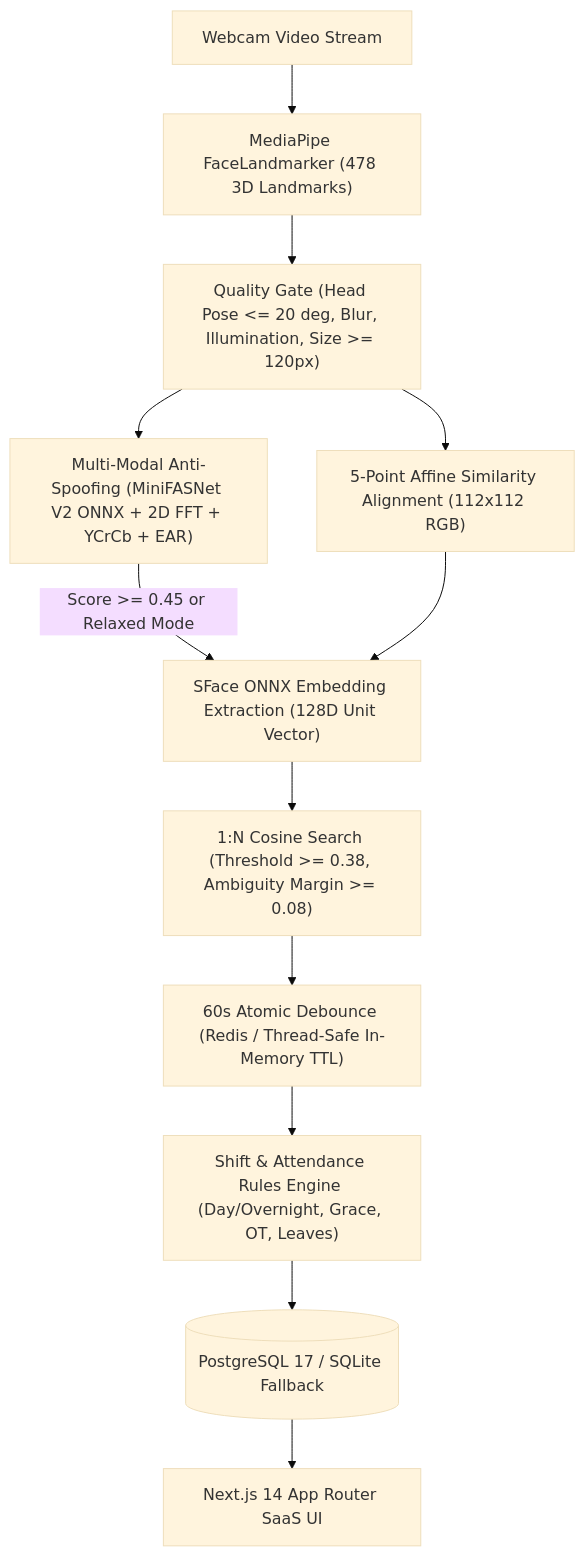
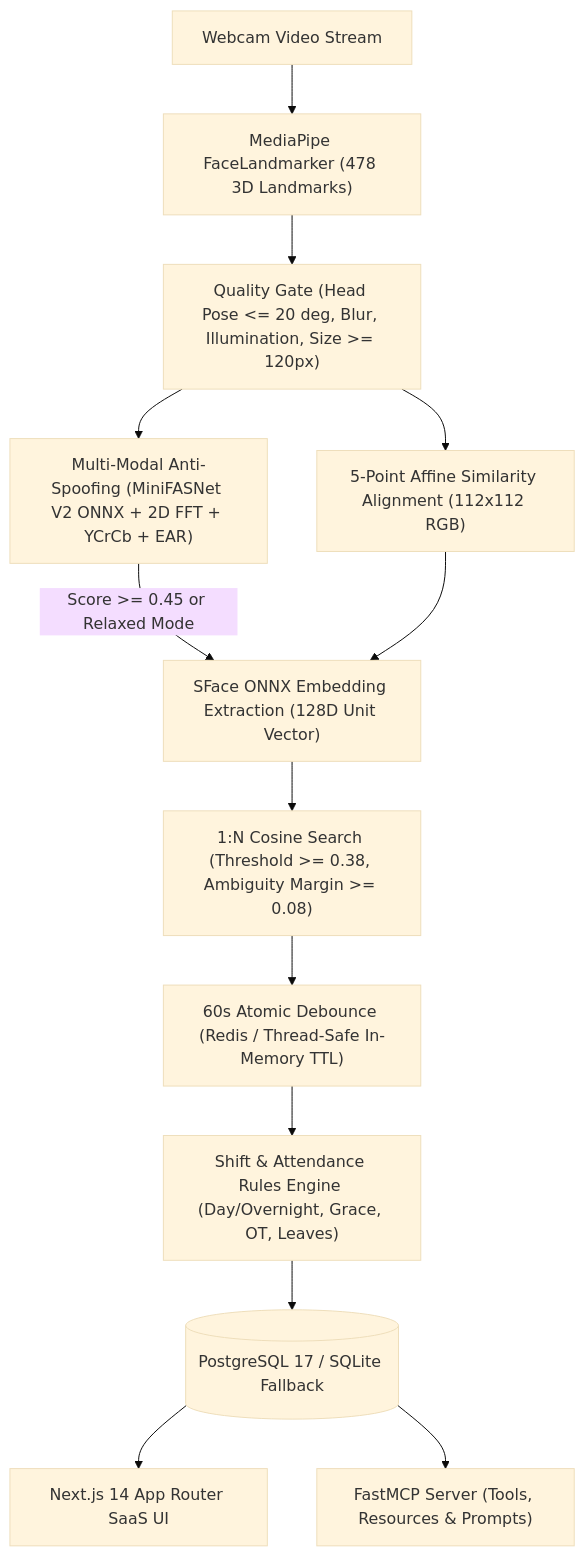
Before and after one commit to RoushanKhalid/AttendAI: the diagram in README.md, drawn with Mermaid (base theme). The commit also changed other lines of this file and 15 other files, not shown here.

Commit message:
feat(mcp): add FastMCP server with HTTP/stdio transports, flexible auth, tests, and docs

````diff
--- a/README.md
+++ b/README.md
@@ -152,14 +153,15 @@
 ```mermaid
 flowchart TD
     Cam["Webcam Video Stream"] --> MP["MediaPipe FaceLandmarker (478 3D Landmarks)"]
     MP --> Quality["Quality Gate (Head Pose <= 20 deg, Blur, Illumination, Size >= 120px)"]
     Quality --> Align["5-Point Affine Similarity Alignment (112x112 RGB)"]
     Quality --> Liveness["Multi-Modal Anti-Spoofing (MiniFASNet V2 ONNX + 2D FFT + YCrCb + EAR)"]
     Liveness -->|"Score >= 0.45 or Relaxed Mode"| Embed["SFace ONNX Embedding Extraction (128D Unit Vector)"]
     Align --> Embed
     Embed --> Match["1:N Cosine Search (Threshold >= 0.38, Ambiguity Margin >= 0.08)"]
     Match --> Debounce["60s Atomic Debounce (Redis / Thread-Safe In-Memory TTL)"]
     Debounce --> Engine["Shift & Attendance Rules Engine (Day/Overnight, Grace, OT, Leaves)"]
     Engine --> DB[("PostgreSQL 17 / SQLite Fallback")]
     DB --> UI["Next.js 14 App Router SaaS UI"]
+    DB --> MCP["FastMCP Server (Tools, Resources & Prompts)"]
 ```
````
